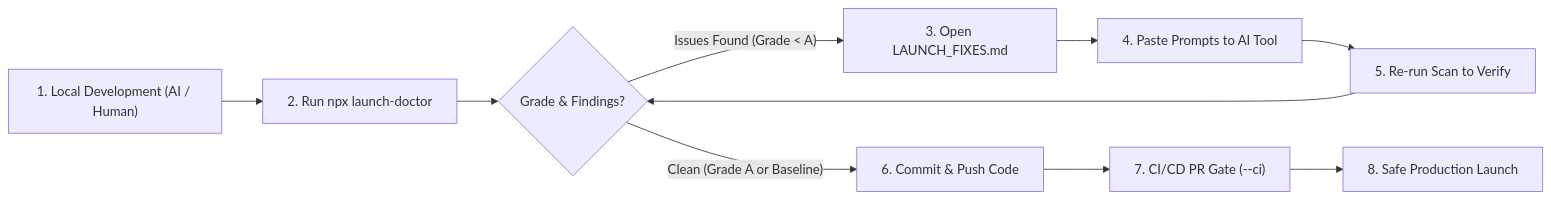
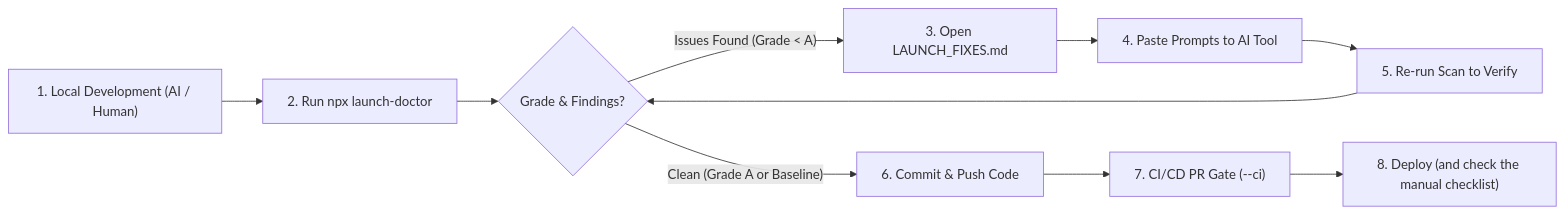
Before and after one commit to SHARAJ379/launch-doctor: the second of 2 diagrams in README.md, drawn with Mermaid. The commit also changed other lines of this file and 4 other files, not shown here.

````diff
--- a/README.md
+++ b/README.md
@@ -134,12 +145,12 @@
 ```mermaid
 flowchart LR
     Dev["1. Local Development (AI / Human)"] --> Scan["2. Run npx launch-doctor"]
     Scan --> Check{"Grade & Findings?"}
     Check -- "Issues Found (Grade < A)" --> ReadFixes["3. Open LAUNCH_FIXES.md"]
     ReadFixes --> PastePrompt["4. Paste Prompts to AI Tool"]
     PastePrompt --> ReScan["5. Re-run Scan to Verify"]
     ReScan --> Check
     Check -- "Clean (Grade A or Baseline)" --> Commit["6. Commit & Push Code"]
     Commit --> CI["7. CI/CD PR Gate (--ci)"]
-    CI --> Deploy["8. Safe Production Launch"]
+    CI --> Deploy["8. Deploy (and check the manual checklist)"]
 ```
````
